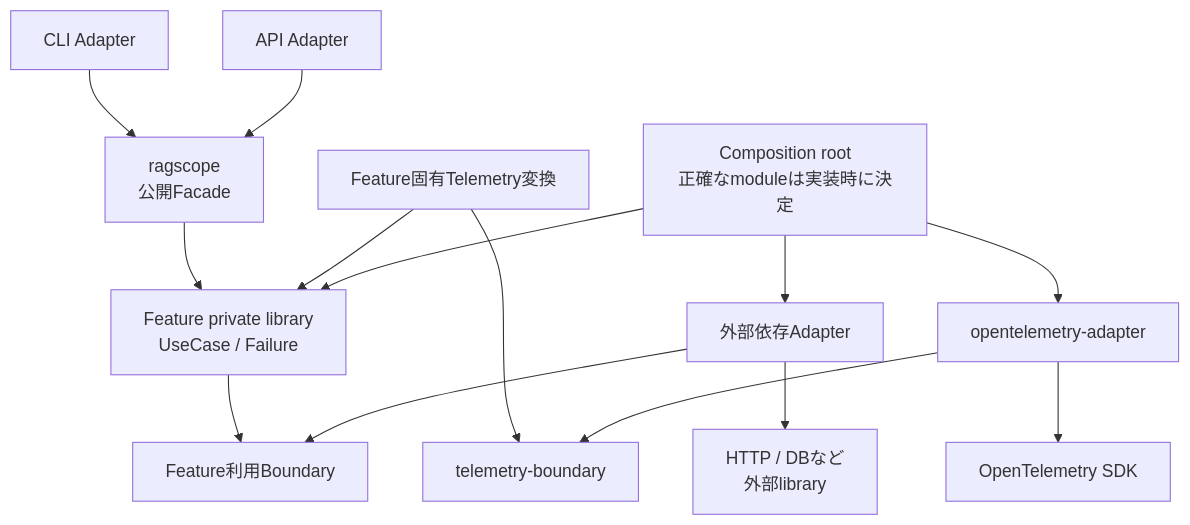
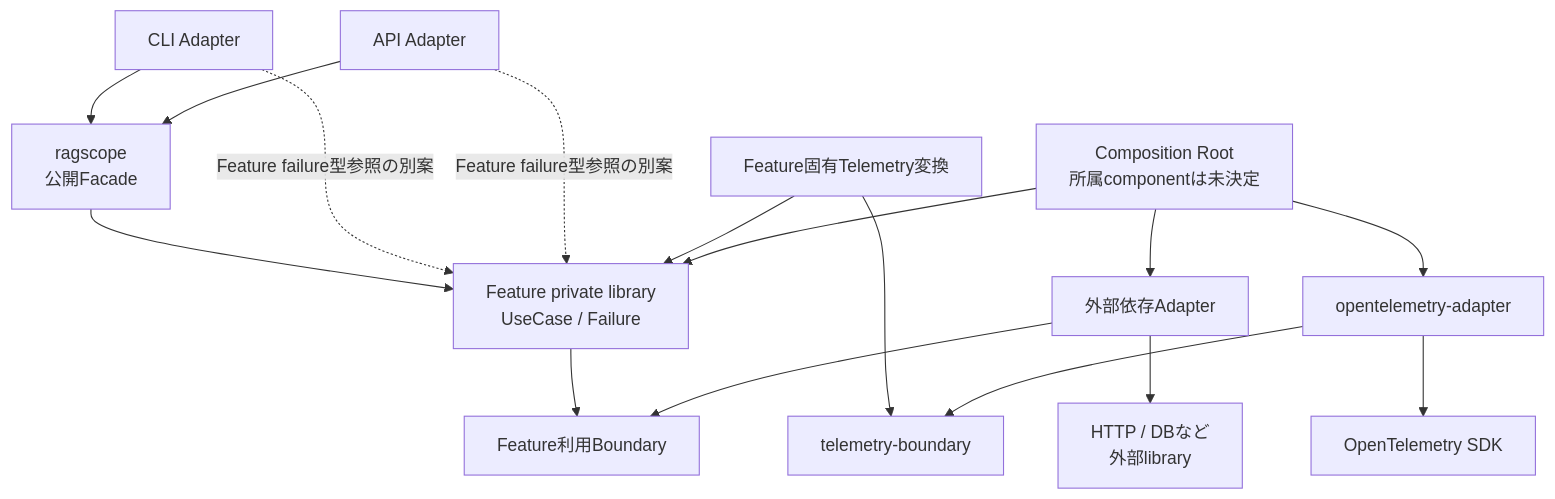
The sixth of 7 diagrams in Notes/RAGScope/RAGScopeアプリケーション/RS-0024 失敗型と利用境界への変換設計メモ.md (takashit16833/Workbench), drawn with Mermaid before and after one commit. The commit also changed other lines of this file, not shown here.

````diff
--- a/Notes/RAGScope/RAGScopeアプリケーション/RS-0024 失敗型と利用境界への変換設計メモ.md
+++ b/Notes/RAGScope/RAGScopeアプリケーション/RS-0024 失敗型と利用境界への変換設計メモ.md
@@ -416,32 +459,35 @@
 ```mermaid
 flowchart TB
     CLI["CLI Adapter"]
     API["API Adapter"]
     FACADE["ragscope<br>公開Facade"]
     FEATURE["Feature private library<br>UseCase / Failure"]
     PORT["Feature利用Boundary"]
     EXTADAPTER["外部依存Adapter"]
     EXTLIB["HTTP / DBなど<br>外部library"]
     TELMAP["Feature固有Telemetry変換"]
     TEL["telemetry-boundary"]
     OTEL["opentelemetry-adapter"]
     SDK["OpenTelemetry SDK"]
-    COMPOSITION["Composition root<br>正確なmoduleは実装時に決定"]
+    COMPOSITION["Composition Root<br>所属componentは未決定"]
 
     CLI --> FACADE
     API --> FACADE
     FACADE --> FEATURE
+
+    CLI -. "Feature failure型参照の別案" .-> FEATURE
+    API -. "Feature failure型参照の別案" .-> FEATURE
 
     FEATURE --> PORT
     EXTADAPTER --> PORT
     EXTADAPTER --> EXTLIB
 
     TELMAP --> FEATURE
     TELMAP --> TEL
     OTEL --> TEL
     OTEL --> SDK
 
     COMPOSITION --> FEATURE
     COMPOSITION --> EXTADAPTER
     COMPOSITION --> OTEL
 ```
````
